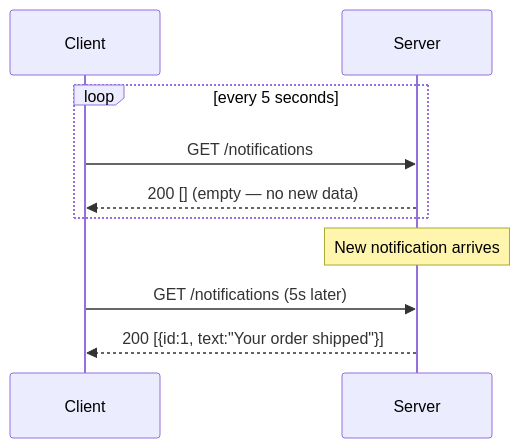
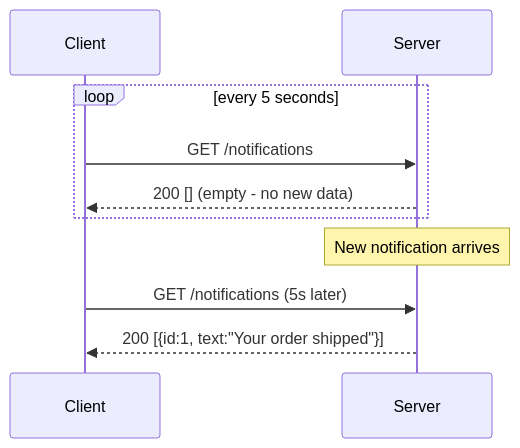
The second of 6 diagrams in phase-2-foundations/topic-8-websockets-and-long-polling.md (b-balakrishna/system-design), drawn with Mermaid before and after one commit. The commit also changed other lines of this file and 165 other files, not shown here.

Commit message:
feat: add comprehensive system design documentation covering foundations, backend, frontend, distributed systems, and AI/ML architectures

````diff
--- a/phase-2-foundations/topic-8-websockets-and-long-polling.md
+++ b/phase-2-foundations/topic-8-websockets-and-long-polling.md
@@ -30,13 +30,13 @@
 ```mermaid
 sequenceDiagram
     participant C as Client
     participant S as Server
 
     loop every 5 seconds
         C->>S: GET /notifications
-        S-->>C: 200 [] (empty — no new data)
+        S-->>C: 200 [] (empty  -  no new data)
     end
     Note over S: New notification arrives
     C->>S: GET /notifications (5s later)
     S-->>C: 200 [{id:1, text:"Your order shipped"}]
 ```
````
